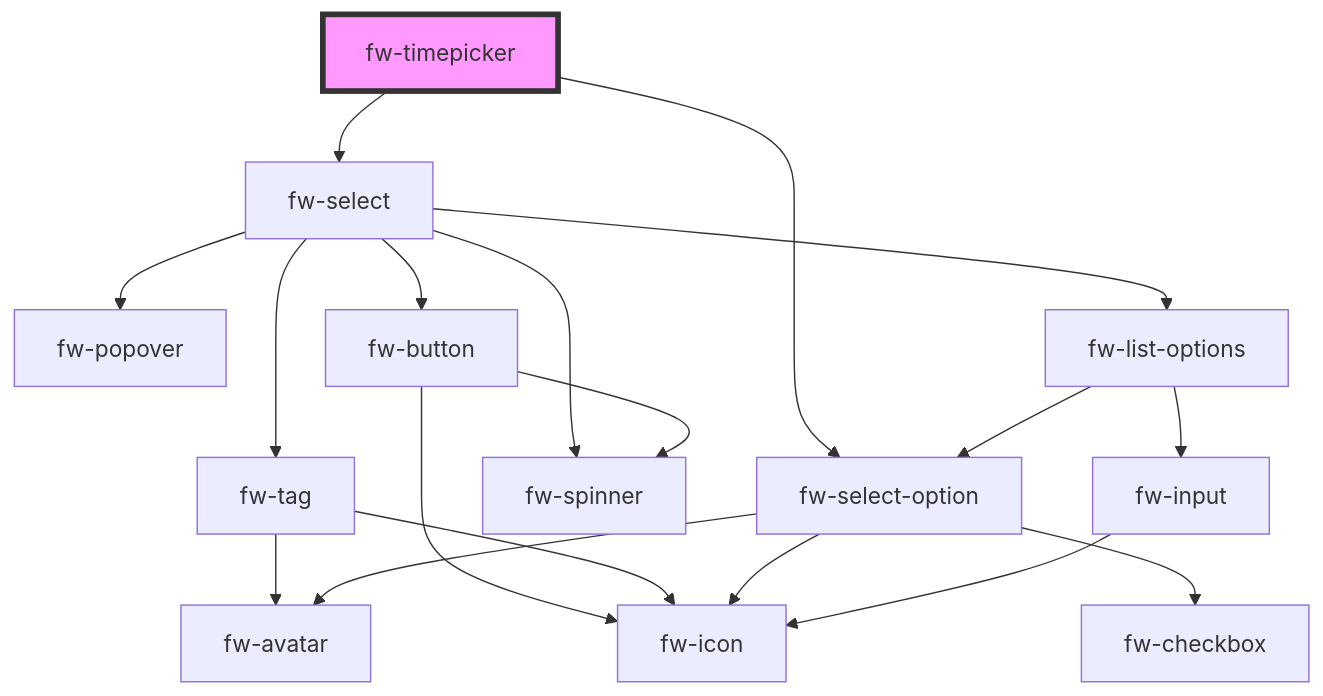
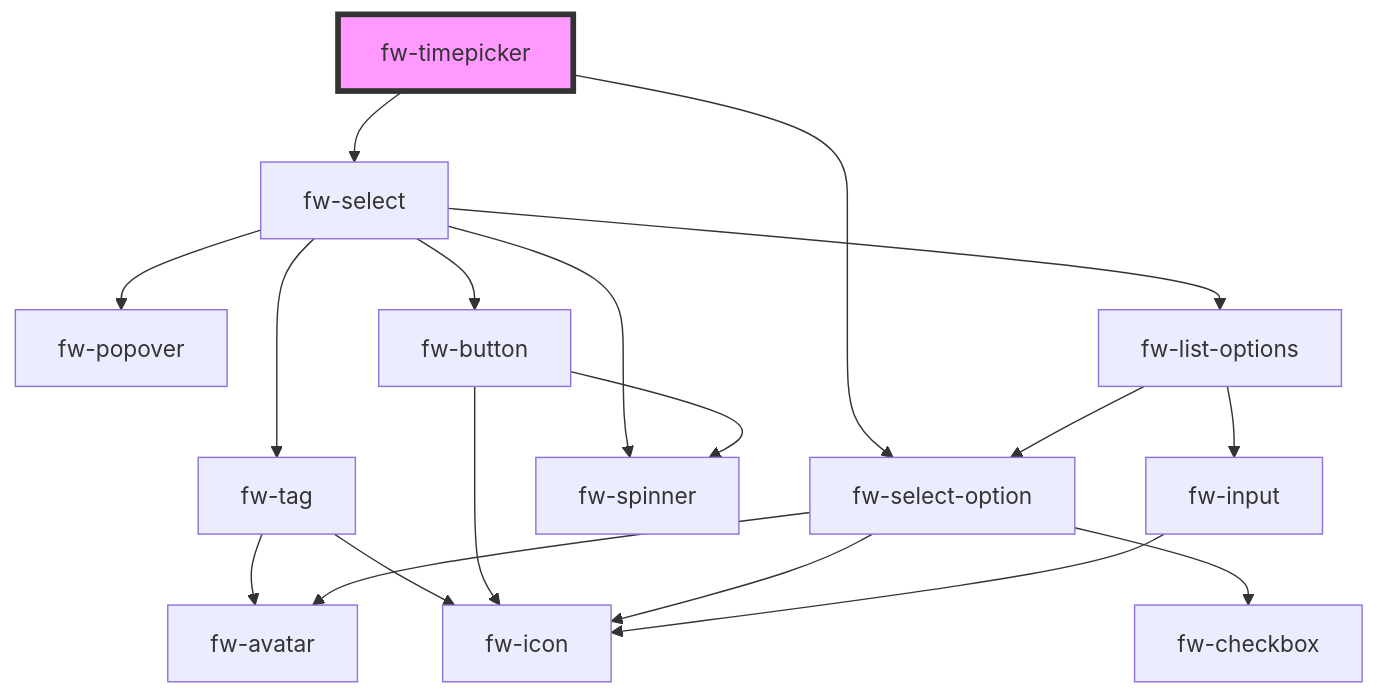
One commit to freshworks/crayons changed the diagram in packages/crayons-core/src/components/timepicker/readme.md. Above: the diagram before and after it, drawn with Mermaid. The commit also changed other lines of this file and 4 other files, not shown here.

````diff
--- a/packages/crayons-core/src/components/timepicker/readme.md
+++ b/packages/crayons-core/src/components/timepicker/readme.md
@@ -68,21 +68,21 @@
 ```mermaid
 graph TD;
   fw-timepicker --> fw-select
   fw-timepicker --> fw-select-option
   fw-select --> fw-tag
   fw-select --> fw-popover
   fw-select --> fw-button
   fw-select --> fw-spinner
   fw-select --> fw-list-options
   fw-tag --> fw-avatar
+  fw-tag --> fw-icon
   fw-button --> fw-spinner
   fw-button --> fw-icon
-  fw-tag --> fw-icon
   fw-list-options --> fw-select-option
   fw-list-options --> fw-input
   fw-select-option --> fw-icon
   fw-select-option --> fw-checkbox
   fw-select-option --> fw-avatar
   fw-input --> fw-icon
   style fw-timepicker fill:#f9f,stroke:#333,stroke-width:4px
 ```
````
